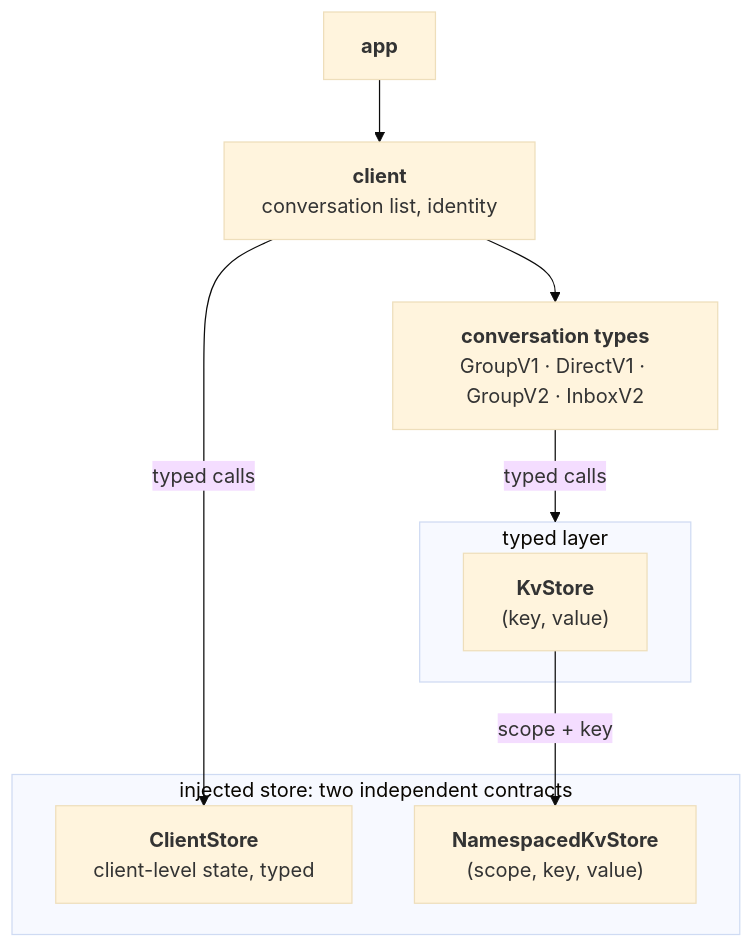
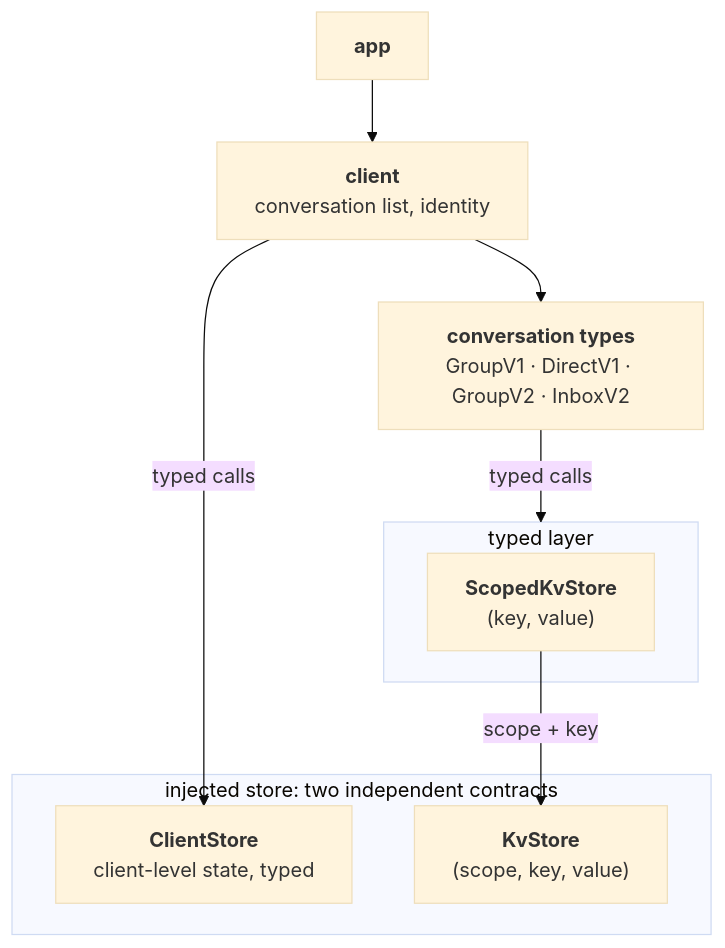
One commit to logos-messaging/libchat changed the diagram in docs/adr/0002-storage-architecture.md. Above: the diagram before and after it, drawn with Mermaid (base theme). The commit also changed other lines of this file and 2 other files, not shown here.

First line of the commit message:
feat(storage): add the scoped key-value substrate contracts

````diff
--- a/docs/adr/0002-storage-architecture.md
+++ b/docs/adr/0002-storage-architecture.md
@@ -29,21 +29,21 @@
 ```mermaid
 flowchart TB
     App["<b>app</b>"]
     Client["<b>client</b><br/>conversation list, identity"]
     Types["<b>conversation types</b><br/>GroupV1 · DirectV1 · GroupV2 · InboxV2"]
 
     subgraph Typed["typed layer"]
-        KV["<b>KvStore</b><br/>(key, value)"]
+        KV["<b>ScopedKvStore</b><br/>(key, value)"]
     end
 
     subgraph Store["injected store: two independent contracts"]
         CS["<b>ClientStore</b><br/>client-level state, typed"]
-        NKV["<b>NamespacedKvStore</b><br/>(scope, key, value)"]
+        NKV["<b>KvStore</b><br/>(scope, key, value)"]
     end
 
     App --> Client
     Client --> Types
     Client -- "typed calls" --> CS
     Types -- "typed calls" --> Typed
     KV -- "scope + key" --> NKV
 ```
````
